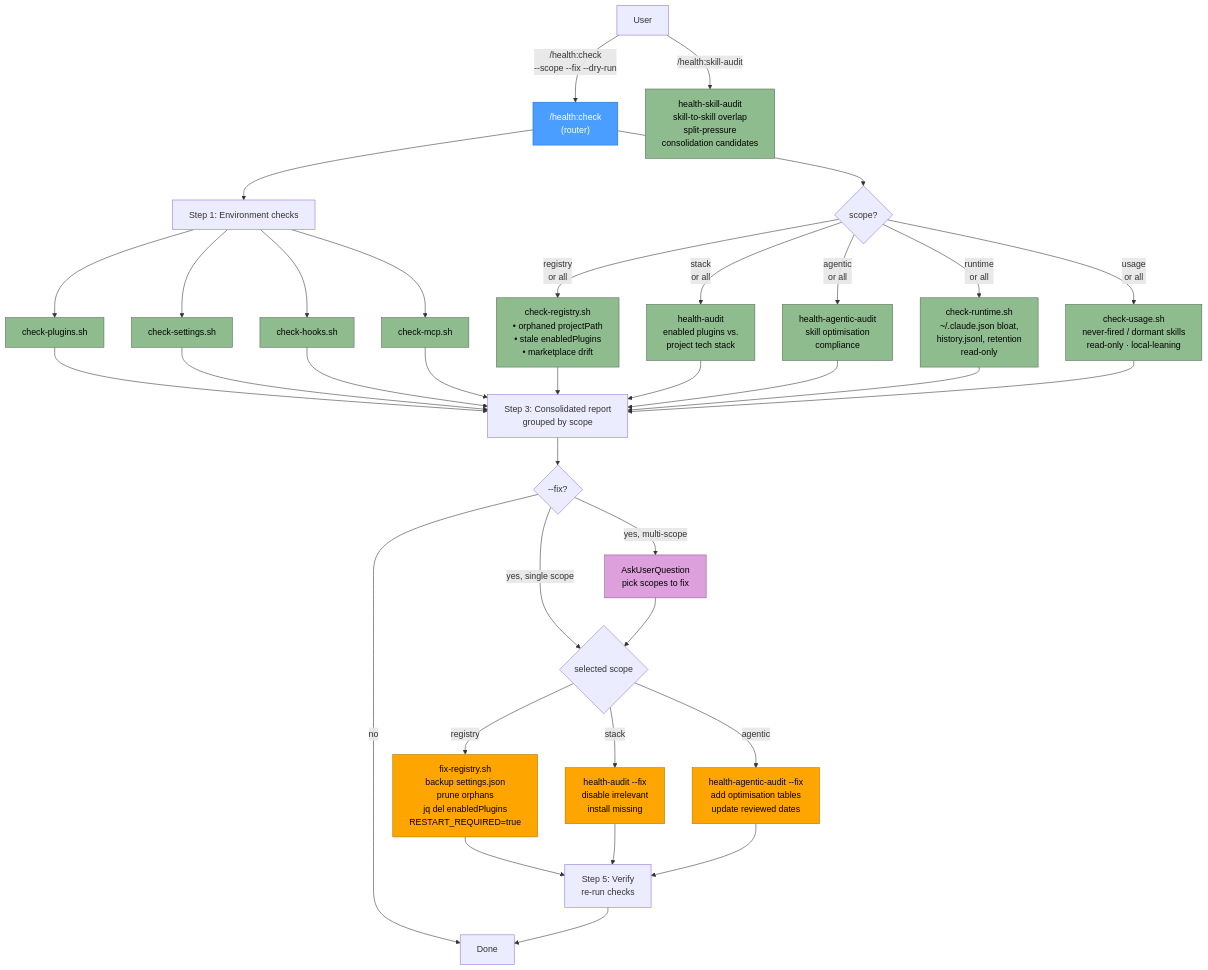
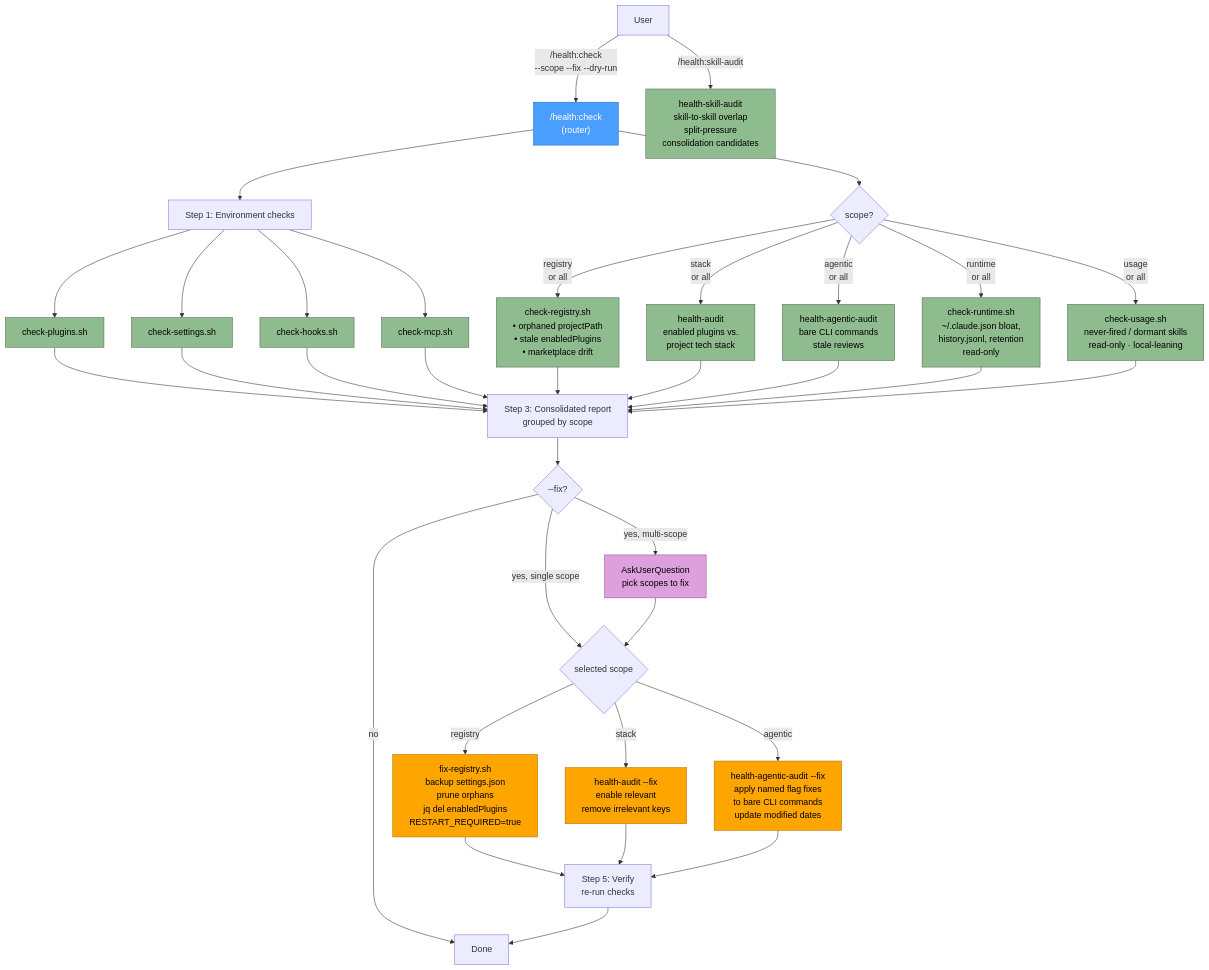
The diagram in health-plugin/docs/flow.md (laurigates/claude-plugins), drawn with Mermaid before and after one commit. The commit also changed 45 other files, not shown here.

````diff
--- a/health-plugin/docs/flow.md
+++ b/health-plugin/docs/flow.md
@@ -3,43 +3,43 @@
 ```mermaid
 flowchart TD
     U[User] -->|/health:check<br/>--scope --fix --dry-run| R["/health:check<br/>(router)"]
     U -->|/health:skill-audit| SA[health-skill-audit<br/>skill-to-skill overlap<br/>split-pressure<br/>consolidation candidates]
 
     R --> ENV[Step 1: Environment checks]
     ENV --> CP[check-plugins.sh]
     ENV --> CS[check-settings.sh]
     ENV --> CH[check-hooks.sh]
     ENV --> CM[check-mcp.sh]
 
     R --> SCOPE{scope?}
     SCOPE -->|registry<br/>or all| REG[check-registry.sh<br/>• orphaned projectPath<br/>• stale enabledPlugins<br/>• marketplace drift]
     SCOPE -->|stack<br/>or all| STK[health-audit<br/>enabled plugins vs.<br/>project tech stack]
-    SCOPE -->|agentic<br/>or all| AGT[health-agentic-audit<br/>skill optimisation<br/>compliance]
+    SCOPE -->|agentic<br/>or all| AGT[health-agentic-audit<br/>bare CLI commands<br/>stale reviews]
     SCOPE -->|runtime<br/>or all| RUN[check-runtime.sh<br/>~/.claude.json bloat,<br/>history.jsonl, retention<br/>read-only]
     SCOPE -->|usage<br/>or all| USG[check-usage.sh<br/>never-fired / dormant skills<br/>read-only · local-leaning]
 
     CP & CS & CH & CM & REG & STK & AGT & RUN & USG --> RPT[Step 3: Consolidated report<br/>grouped by scope]
 
     RPT --> FIX{--fix?}
     FIX -->|no| DONE[Done]
     FIX -->|yes, multi-scope| ASK[AskUserQuestion<br/>pick scopes to fix]
     FIX -->|yes, single scope| DELEGATE
     ASK --> DELEGATE{selected scope}
 
     DELEGATE -->|registry| FR[fix-registry.sh<br/>backup settings.json<br/>prune orphans<br/>jq del enabledPlugins<br/>RESTART_REQUIRED=true]
-    DELEGATE -->|stack| FS[health-audit --fix<br/>disable irrelevant<br/>install missing]
-    DELEGATE -->|agentic| FA[health-agentic-audit --fix<br/>add optimisation tables<br/>update reviewed dates]
+    DELEGATE -->|stack| FS[health-audit --fix<br/>enable relevant<br/>remove irrelevant keys]
+    DELEGATE -->|agentic| FA[health-agentic-audit --fix<br/>apply named flag fixes<br/>to bare CLI commands<br/>update modified dates]
 
     FR & FS & FA --> VER[Step 5: Verify<br/>re-run checks]
     VER --> DONE
 
     classDef router fill:#4a9eff,stroke:#1a6ecc,color:#fff
     classDef check fill:#8fbc8f,stroke:#556b55,color:#000
     classDef fix fill:#ffa500,stroke:#b37400,color:#000
     classDef prompt fill:#dda0dd,stroke:#8b5a8b,color:#000
 
     class R router
     class CP,CS,CH,CM,REG,STK,AGT,RUN,USG,SA check
     class FR,FS,FA fix
     class ASK prompt
 ```
````
